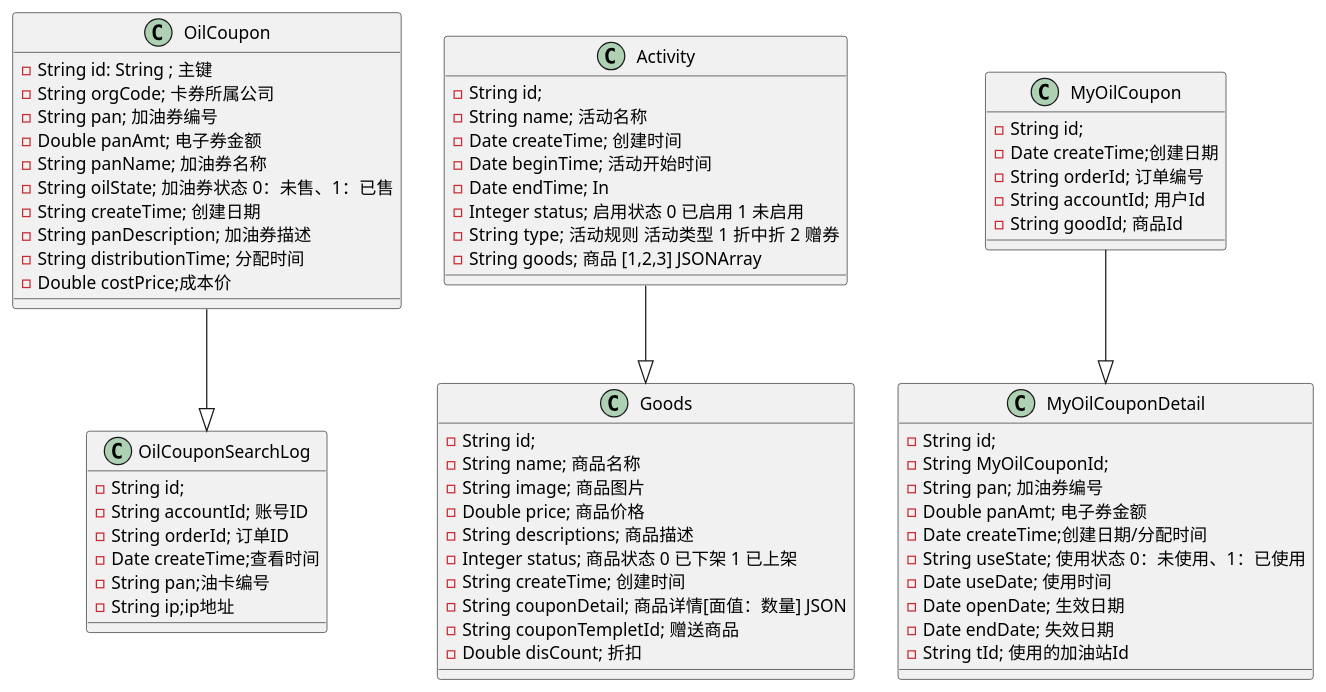
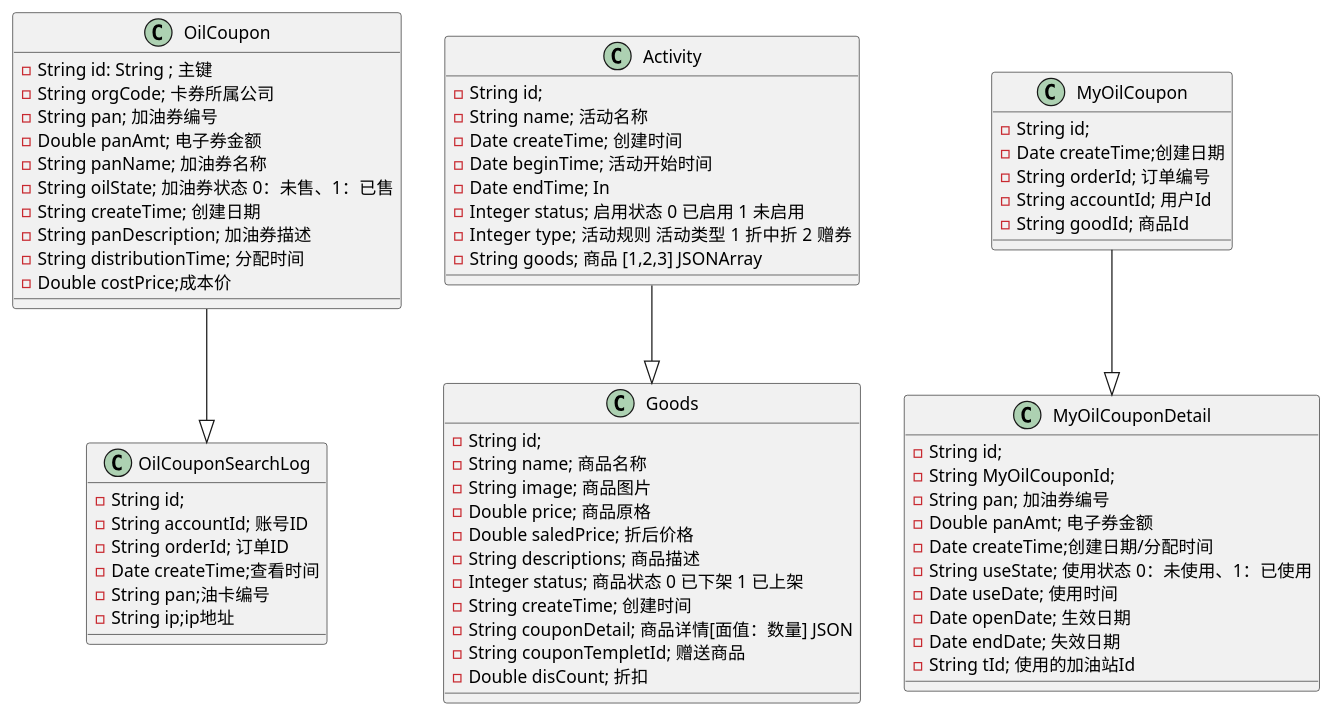
One commit to zhongliudizhu/api-platform changed the diagram in doc/shop.puml. Above: the diagram before and after it, drawn with PlantUML. The commit also changed 7 other files, not shown here.

```diff
--- a/doc/shop.puml
+++ b/doc/shop.puml
@@ -1,70 +1,71 @@
 @startuml
 
 class OilCoupon{
    - String id: String ; 主键
    - String orgCode; 卡券所属公司
    - String pan; 加油券编号
    - Double panAmt; 电子券金额
    - String panName; 加油券名称
    - String oilState; 加油券状态 0：未售、1：已售
    - String createTime; 创建日期
    - String panDescription; 加油券描述
    - String distributionTime; 分配时间
    - Double costPrice;成本价
 }
 
 class OilCouponSearchLog {
    - String id;
    - String accountId; 账号ID
    - String orderId; 订单ID
    - Date createTime;查看时间
    - String pan;油卡编号
    - String ip;ip地址
 }
 class Goods {
    - String id;
    - String name; 商品名称
    - String image; 商品图片
-   - Double price; 商品价格
+   - Double price; 商品原格
+   - Double saledPrice; 折后价格
    - String descriptions; 商品描述
    - Integer status; 商品状态 0 已下架 1 已上架
    - String createTime; 创建时间
    - String couponDetail; 商品详情[面值：数量] JSON
    - String couponTempletId; 赠送商品
    - Double disCount; 折扣
 }
 class Activity {
    - String id;
    - String name; 活动名称
    - Date createTime; 创建时间
    - Date beginTime; 活动开始时间
    - Date endTime; In
    - Integer status; 启用状态 0 已启用 1 未启用
-   - String type; 活动规则  活动类型 1 折中折 2 赠券
+   - Integer type; 活动规则  活动类型 1 折中折 2 赠券
    - String goods; 商品 [1,2,3] JSONArray
 }
 class MyOilCoupon {
    - String id;
    - Date createTime;创建日期
    - String orderId; 订单编号
    - String accountId; 用户Id
    - String goodId; 商品Id
 }
 class MyOilCouponDetail {
    - String id;
    - String MyOilCouponId;
    - String pan; 加油券编号
    - Double panAmt; 电子券金额
    - Date createTime;创建日期/分配时间
    - String useState; 使用状态 0：未使用、1：已使用
    - Date useDate; 使用时间
    - Date openDate; 生效日期
    - Date endDate; 失效日期
    - String tId; 使用的加油站Id
 }
 
 
 Activity  --|>Goods
 OilCoupon --|>OilCouponSearchLog
 MyOilCoupon --|>MyOilCouponDetail
 @enduml
```
